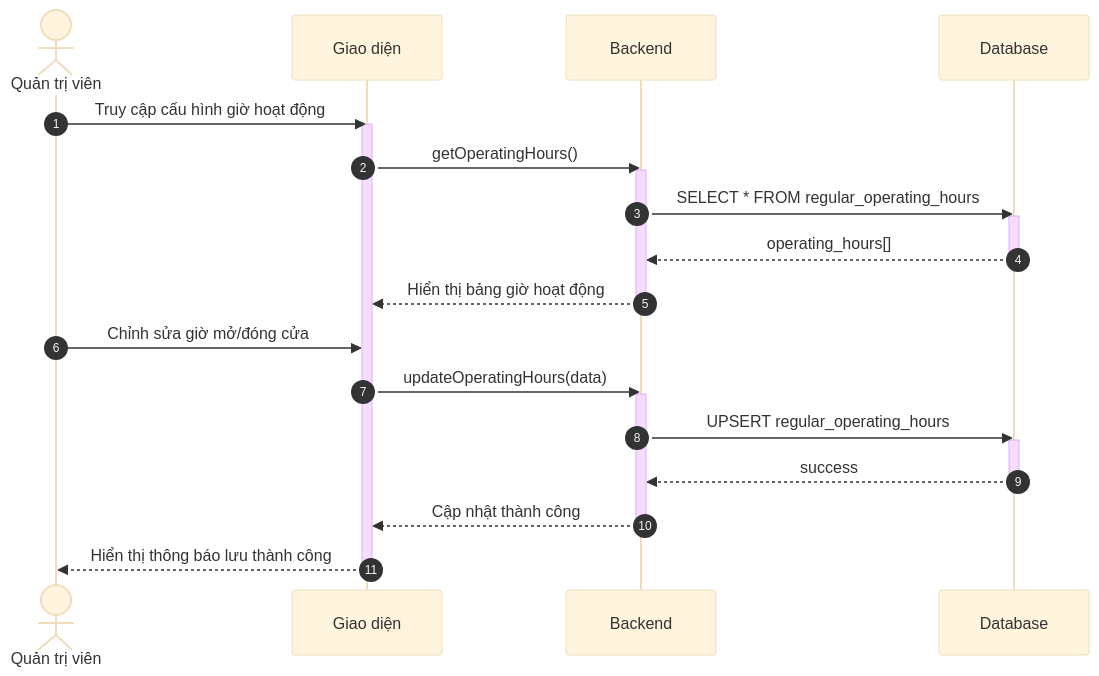
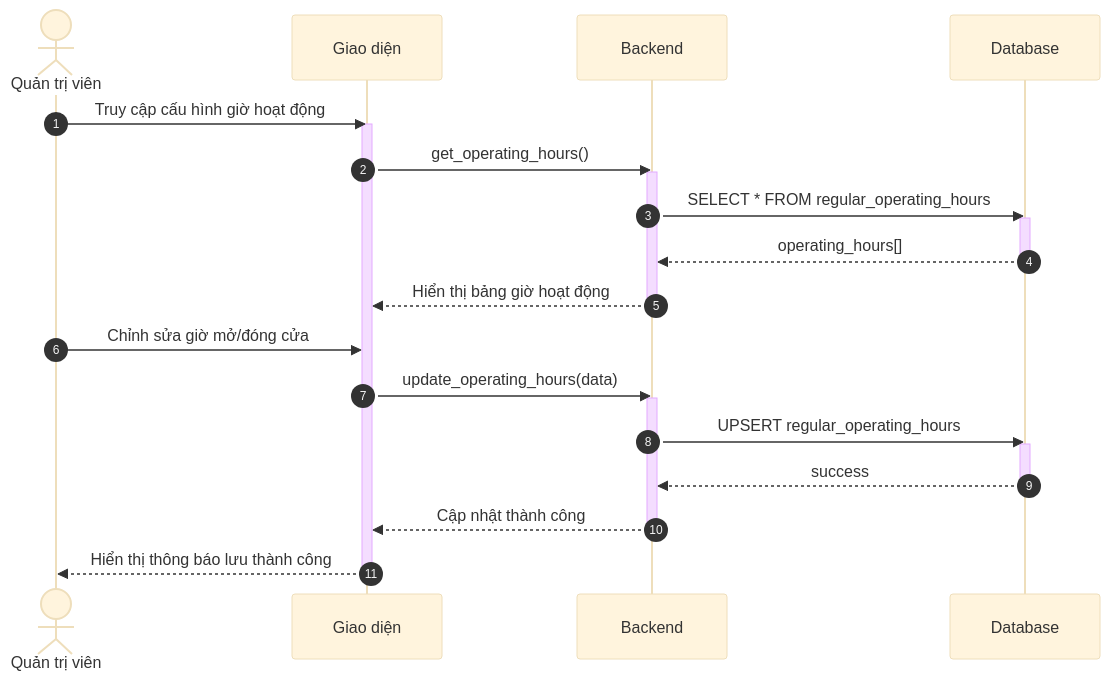
One commit to ngoctinn/Synapse changed the fourth of 11 diagrams in docs/design/sequences/admin_flows.md. Above: the diagram before and after it, drawn with Mermaid (base theme). The commit also changed other lines of this file and 7 other files, not shown here.

Commit message:
docs: Add initial design documentation for system flows, use cases, and data specification.

````diff
--- a/docs/design/sequences/admin_flows.md
+++ b/docs/design/sequences/admin_flows.md
@@ -188,36 +172,36 @@
 ```mermaid
 sequenceDiagram
     autonumber
     actor QTV as Quản trị viên
     participant UI as Giao diện
     participant BE as Backend
     participant DB as Database
 
     QTV->>UI: Truy cập cấu hình giờ hoạt động
     activate UI
-    UI->>BE: getOperatingHours()
+    UI->>BE: get_operating_hours()
     activate BE
 
     BE->>DB: SELECT * FROM regular_operating_hours
     activate DB
     DB-->>BE: operating_hours[]
     deactivate DB
 
     BE-->>UI: Hiển thị bảng giờ hoạt động
     deactivate BE
 
     QTV->>UI: Chỉnh sửa giờ mở/đóng cửa
-    UI->>BE: updateOperatingHours(data)
+    UI->>BE: update_operating_hours(data)
     activate BE
 
     BE->>DB: UPSERT regular_operating_hours
     activate DB
     DB-->>BE: success
     deactivate DB
 
     BE-->>UI: Cập nhật thành công
     deactivate BE
 
     UI-->>QTV: Hiển thị thông báo lưu thành công
     deactivate UI
 ```
````
